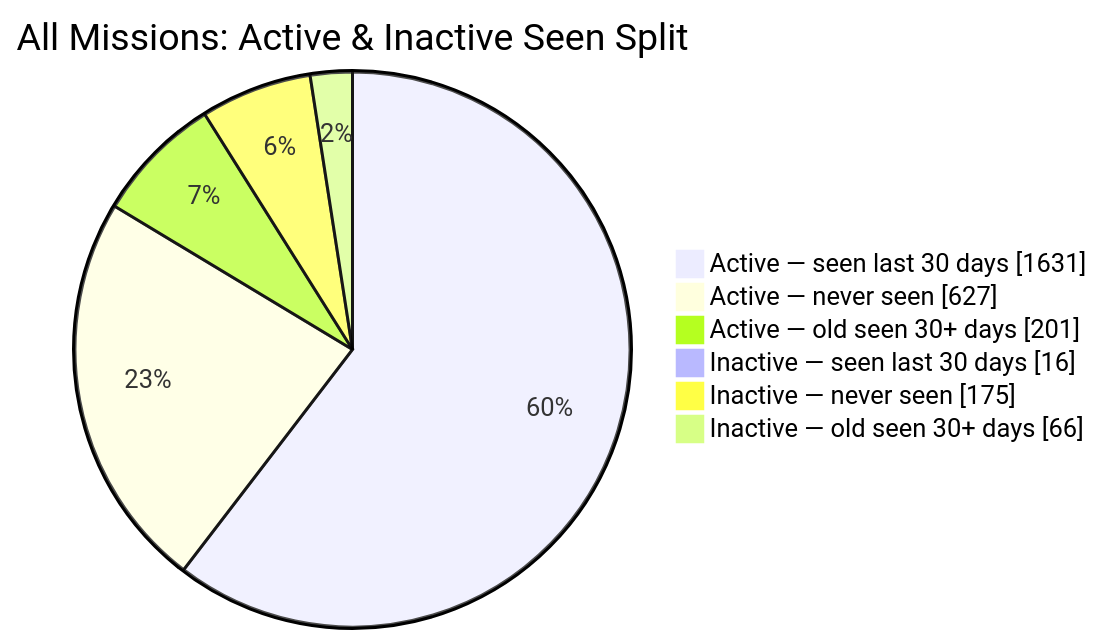
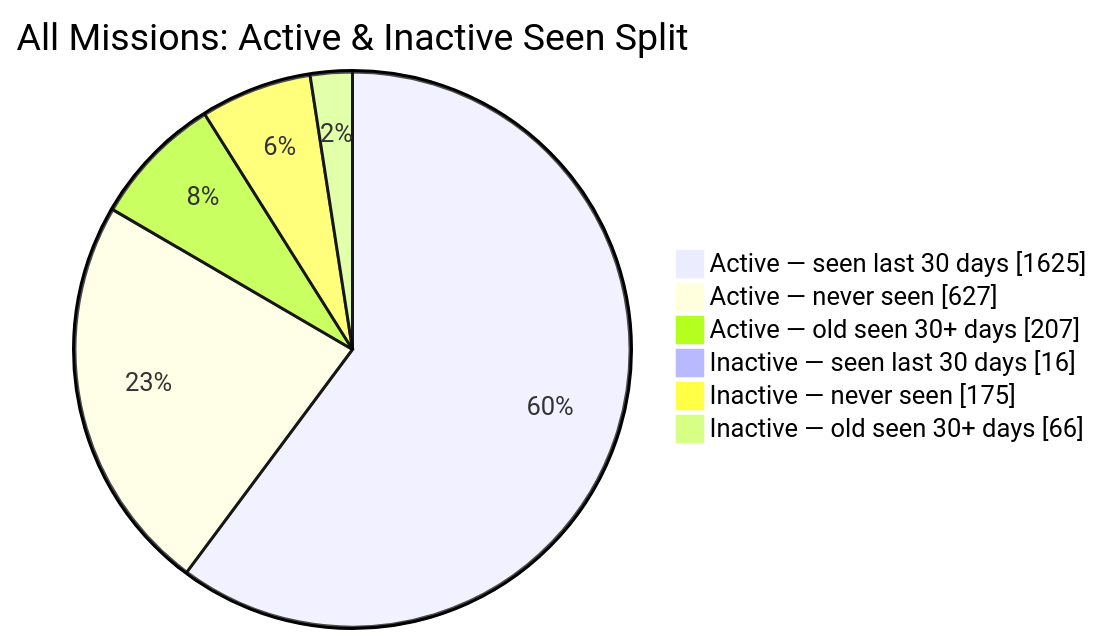
Before and after one commit to MeldkamerspelGameTeam/active-missions: the second of 2 diagrams in README.md, drawn with Mermaid. The commit also changed other lines of this file and 2 other files, not shown here.

````diff
--- a/README.md
+++ b/README.md
@@ -44,10 +44,10 @@
 ```mermaid
 pie showData
     title All Missions: Active & Inactive Seen Split
-    "Active — seen last 30 days" : 1631
+    "Active — seen last 30 days" : 1625
     "Active — never seen" : 627
-    "Active — old seen 30+ days" : 201
+    "Active — old seen 30+ days" : 207
     "Inactive — seen last 30 days" : 16
     "Inactive — never seen" : 175
     "Inactive — old seen 30+ days" : 66
 ```
````
